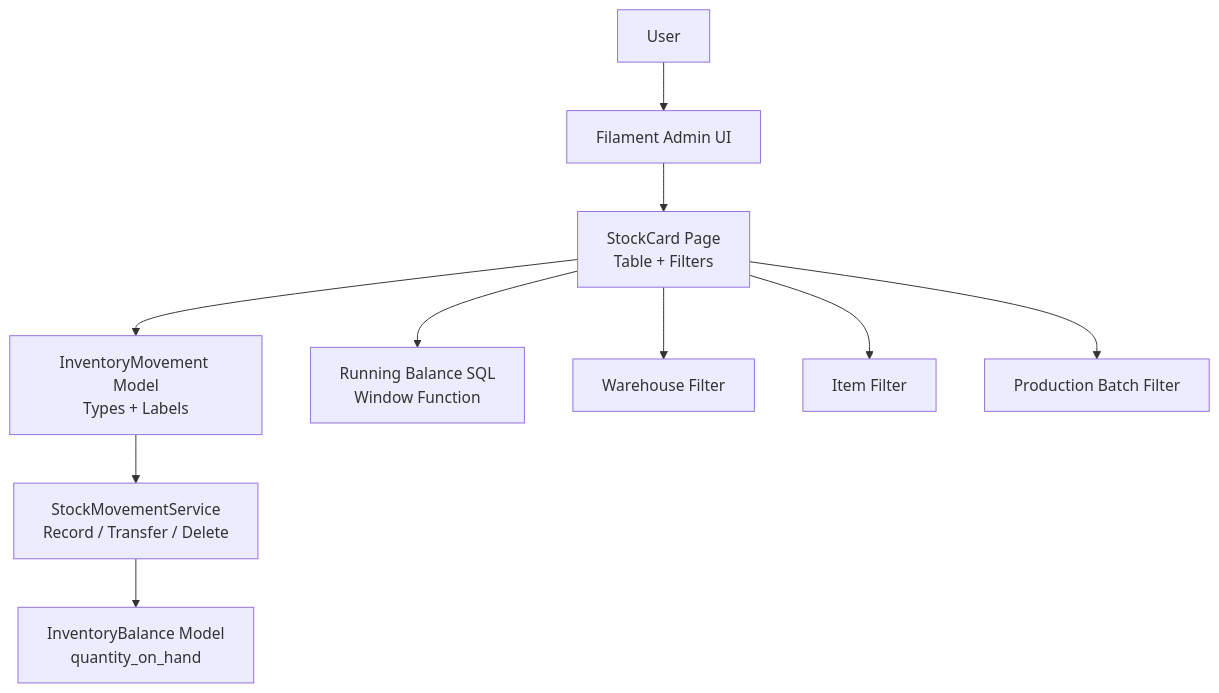
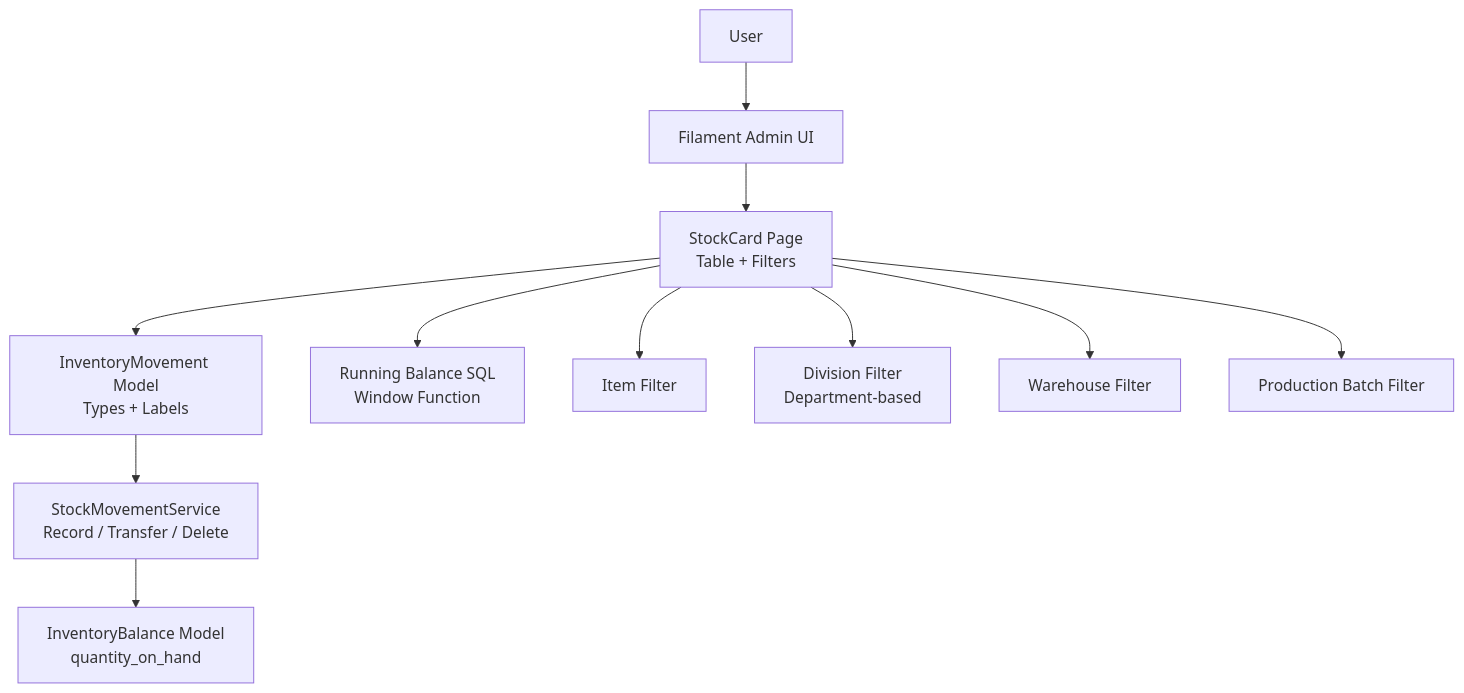
The first of 5 diagrams in .qoder/repowiki/en/content/Frontend Components/Blade Templates/Filament Page Views/Stock Card View.md (Dikksap/laravel_RsvHelmet), drawn with Mermaid before and after one commit. The commit also changed other lines of this file and 25 other files, not shown here.

````diff
--- a/.qoder/repowiki/en/content/Frontend Components/Blade Templates/Filament Page Views/Stock Card View.md
+++ b/.qoder/repowiki/en/content/Frontend Components/Blade Templates/Filament Page Views/Stock Card View.md
@@ -41,12 +50,13 @@
 ```mermaid
 graph TB
 User["User"] --> AdminUI["Filament Admin UI"]
 AdminUI --> StockCardPage["StockCard Page<br/>Table + Filters"]
 StockCardPage --> InventoryMovementModel["InventoryMovement Model<br/>Types + Labels"]
 StockCardPage --> RunningBalanceSQL["Running Balance SQL<br/>Window Function"]
+StockCardPage --> ItemFilter["Item Filter"]
+StockCardPage --> DivisionFilter["Division Filter<br/>Department-based"]
 StockCardPage --> WarehouseFilter["Warehouse Filter"]
-StockCardPage --> ItemFilter["Item Filter"]
 StockCardPage --> BatchFilter["Production Batch Filter"]
 InventoryMovementModel --> StockMovementService["StockMovementService<br/>Record / Transfer / Delete"]
 StockMovementService --> InventoryBalanceModel["InventoryBalance Model<br/>quantity_on_hand"]
 ```
````
